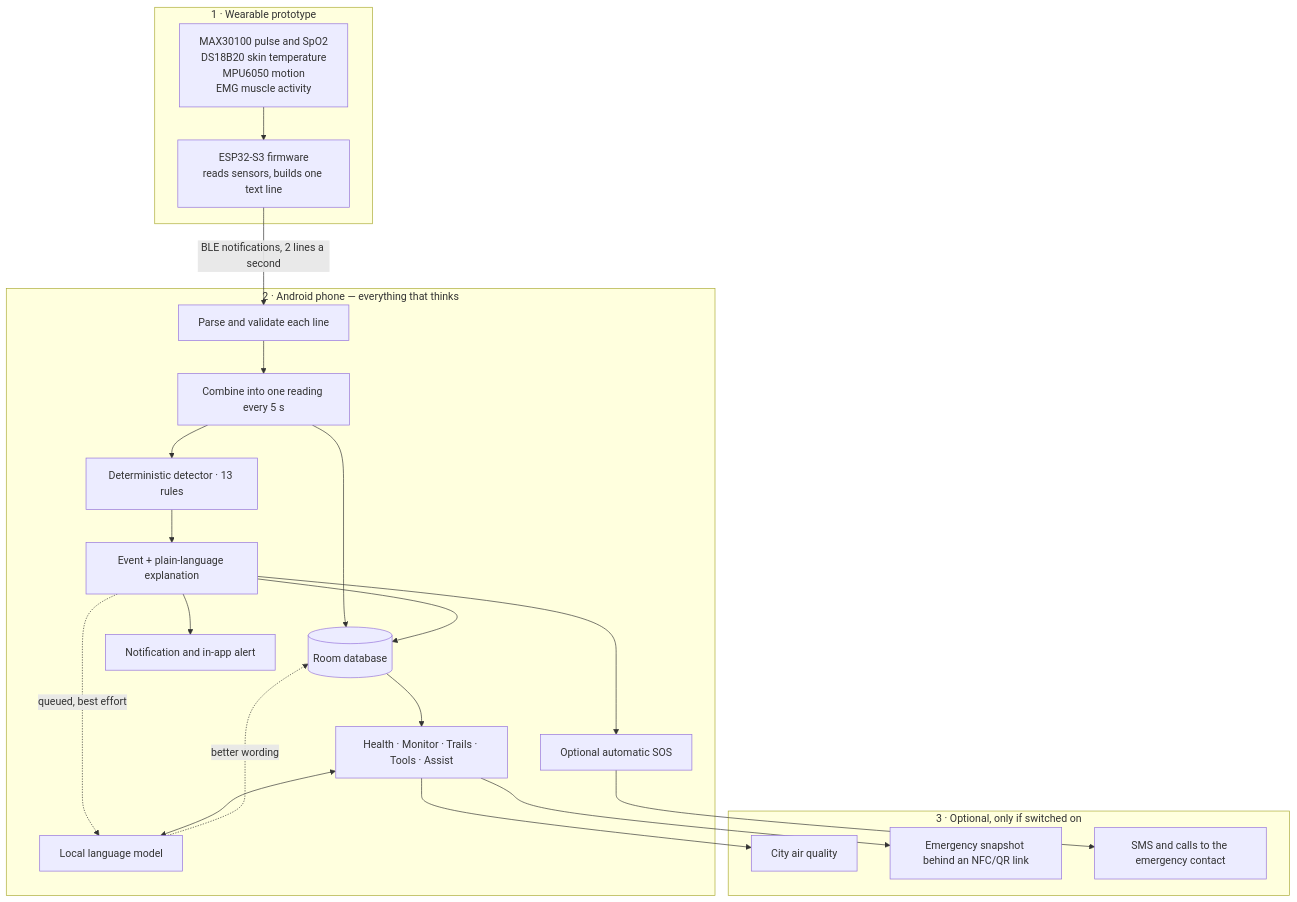
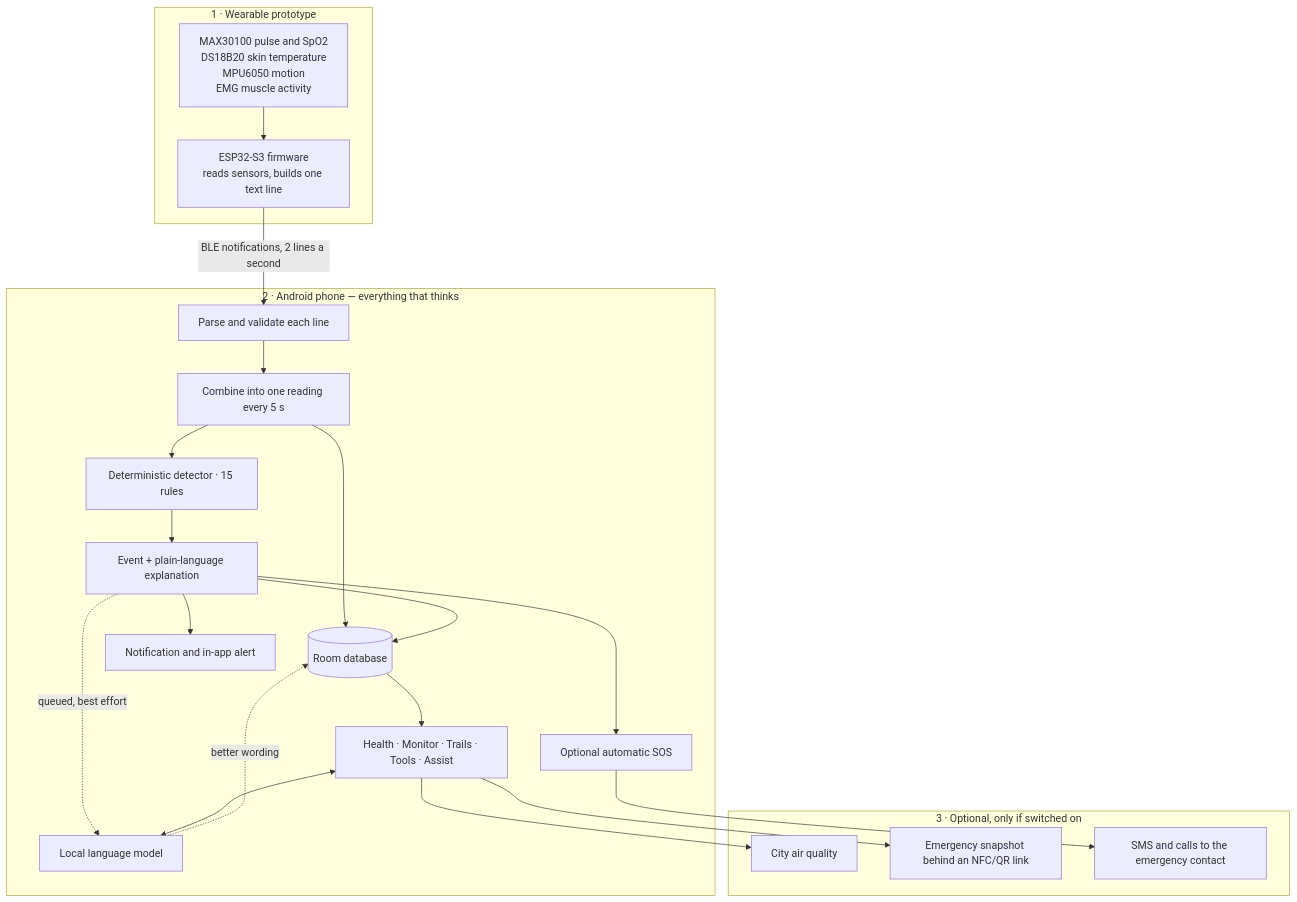
One commit to Aditya060806/G-one changed the first of 3 diagrams in docs/G-ONE-COMPLETE-DESCRIPTION.md. Above: the diagram before and after it, drawn with Mermaid. The commit also changed other lines of this file and 166 other files, not shown here.

````diff
--- a/docs/G-ONE-COMPLETE-DESCRIPTION.md
+++ b/docs/G-ONE-COMPLETE-DESCRIPTION.md
@@ -78,35 +78,35 @@
 ```mermaid
 flowchart TB
     subgraph W[1 · Wearable prototype]
         SENS[MAX30100 pulse and SpO2<br/>DS18B20 skin temperature<br/>MPU6050 motion<br/>EMG muscle activity]
         FW[ESP32-S3 firmware<br/>reads sensors, builds one text line]
         SENS --> FW
     end
     subgraph P[2 · Android phone — everything that thinks]
         PARSE[Parse and validate each line]
         AGG[Combine into one reading every 5 s]
         DB[(Room database)]
-        DET[Deterministic detector · 13 rules]
+        DET[Deterministic detector · 15 rules]
         EV[Event + plain-language explanation]
         NOTE[Notification and in-app alert]
         SOS[Optional automatic SOS]
         LLM[Local language model]
         UI[Health · Monitor · Trails · Tools · Assist]
         PARSE --> AGG --> DB
         AGG --> DET --> EV --> DB
         EV --> NOTE
         EV --> SOS
         EV -.queued, best effort.-> LLM -.better wording.-> DB
         DB --> UI
         UI <--> LLM
     end
     subgraph O[3 · Optional, only if switched on]
         AQI[City air quality]
         SNAP[Emergency snapshot behind an NFC/QR link]
         SMS[SMS and calls to the emergency contact]
     end
     FW -->|BLE notifications, 2 lines a second| PARSE
     UI --> AQI
     UI --> SNAP
     SOS --> SMS
 ```
````
